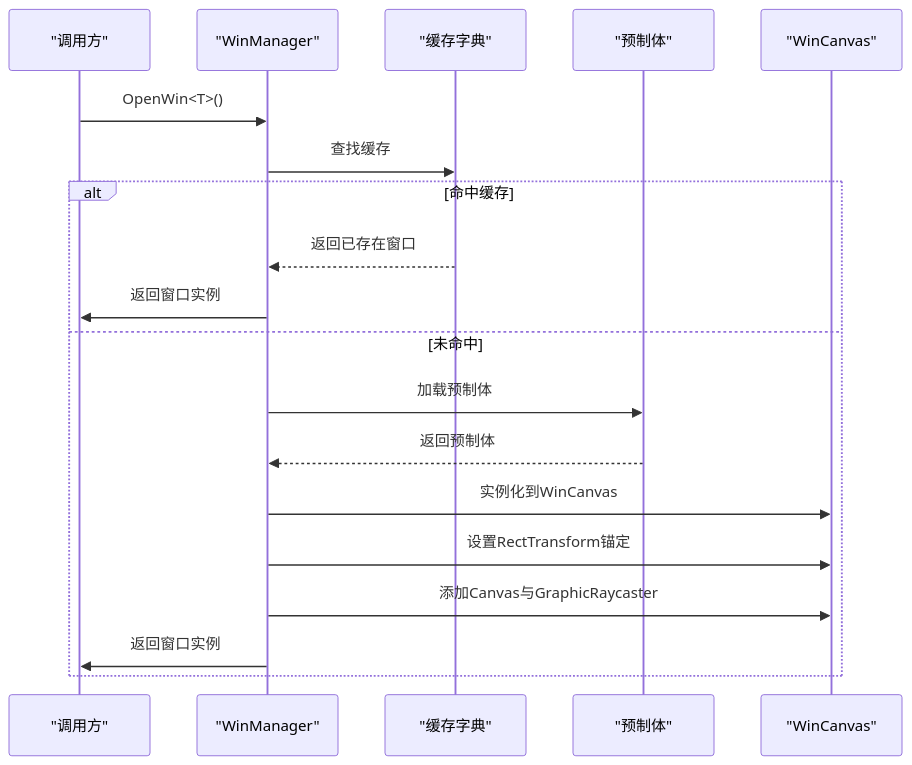
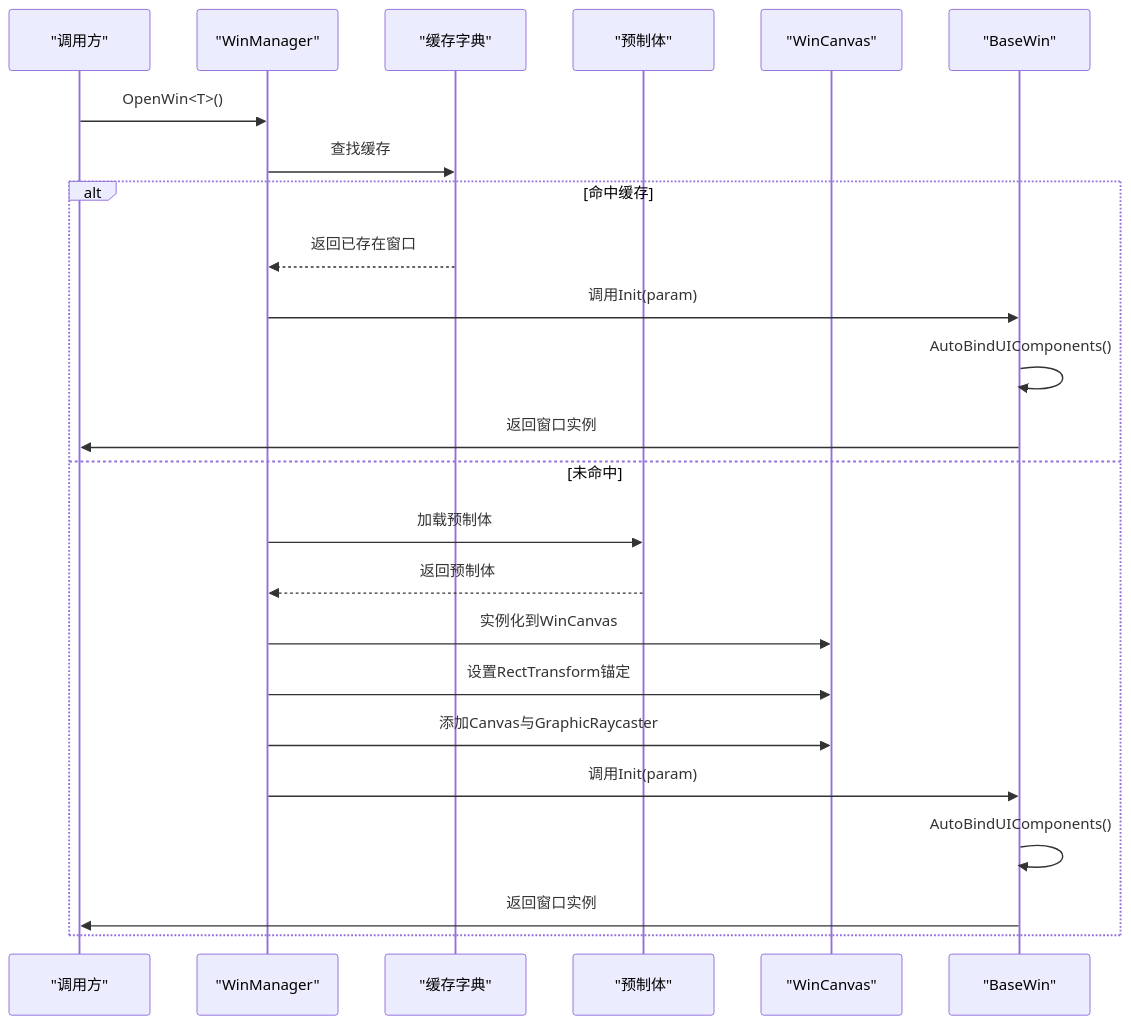
The third of 8 diagrams in .qoder/repowiki/zh/content/用户界面系统/用户界面系统.md (Tuusen/p1_client), drawn with Mermaid before and after one commit. The commit also changed other lines of this file and 4 other files, not shown here.

````diff
--- a/.qoder/repowiki/zh/content/用户界面系统/用户界面系统.md
+++ b/.qoder/repowiki/zh/content/用户界面系统/用户界面系统.md
@@ -207,21 +211,26 @@
 ```mermaid
 sequenceDiagram
 participant Caller as "调用方"
 participant WM as "WinManager"
 participant Cache as "缓存字典"
 participant Prefab as "预制体"
 participant Canvas as "WinCanvas"
+participant BW as "BaseWin"
 Caller->>WM : OpenWin<T>()
 WM->>Cache : 查找缓存
 alt 命中缓存
 Cache-->>WM : 返回已存在窗口
-WM->>Caller : 返回窗口实例
+WM->>BW : 调用Init(param)
+BW->>BW : AutoBindUIComponents()
+BW->>Caller : 返回窗口实例
 else 未命中
 WM->>Prefab : 加载预制体
 Prefab-->>WM : 返回预制体
 WM->>Canvas : 实例化到WinCanvas
 WM->>Canvas : 设置RectTransform锚定
 WM->>Canvas : 添加Canvas与GraphicRaycaster
-WM->>Caller : 返回窗口实例
+WM->>BW : 调用Init(param)
+BW->>BW : AutoBindUIComponents()
+BW->>Caller : 返回窗口实例
 end
 ```
````
